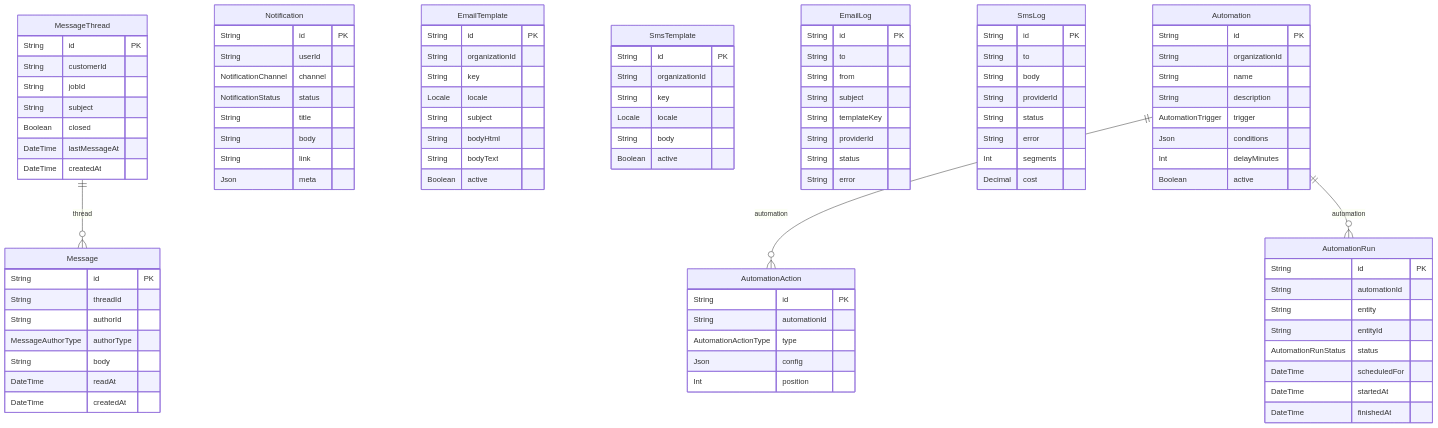
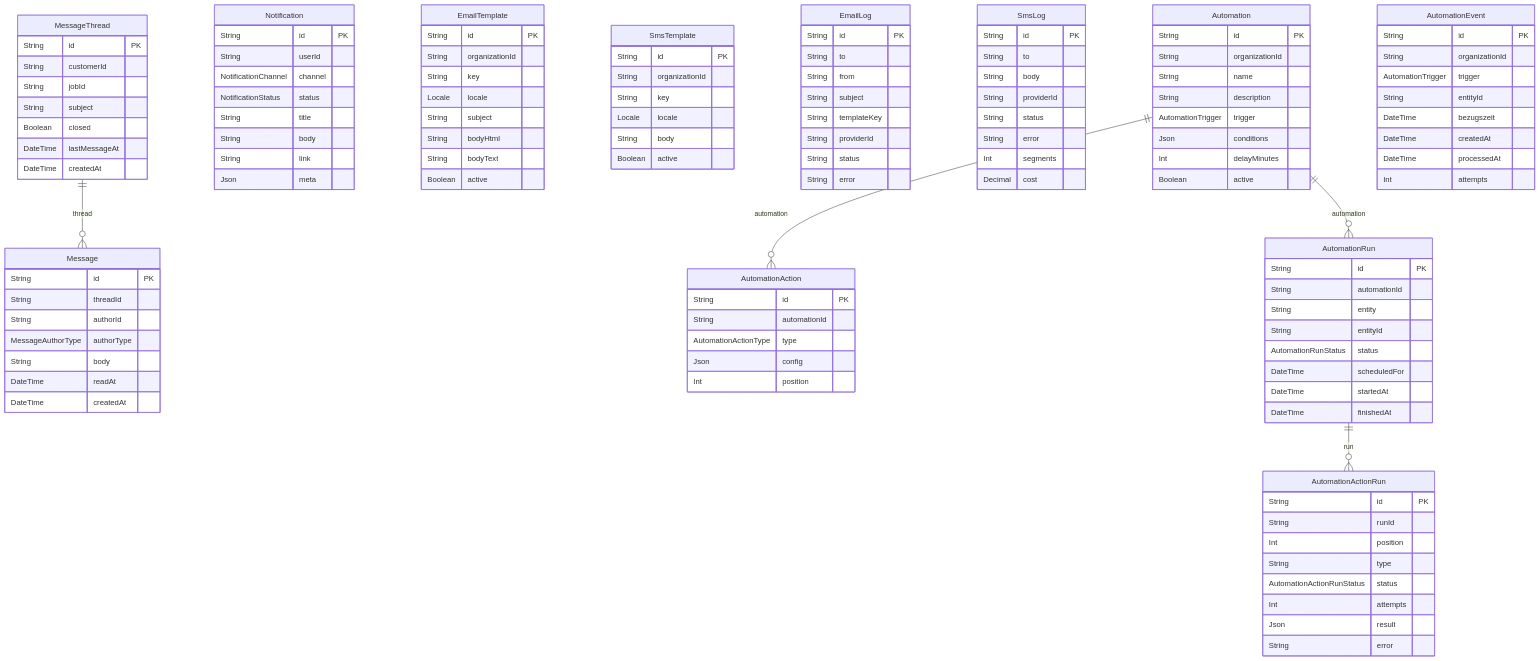
One commit to javadqasemi/Clenaris changed diagram 11 of 15 in docs/DATABASE.md. Above: the diagram before and after it, drawn with Mermaid. The commit also changed other lines of this file and 10 other files, not shown here.

````diff
--- a/docs/DATABASE.md
+++ b/docs/DATABASE.md
@@ -1311,7 +1311,28 @@
     DateTime startedAt
     DateTime finishedAt
   }
+  AutomationActionRun {
+    String id PK
+    String runId
+    Int position
+    String type
+    AutomationActionRunStatus status
+    Int attempts
+    Json result
+    String error
+  }
+  AutomationEvent {
+    String id PK
+    String organizationId
+    AutomationTrigger trigger
+    String entityId
+    DateTime bezugszeit
+    DateTime createdAt
+    DateTime processedAt
+    Int attempts
+  }
   MessageThread ||--o{ Message : "thread"
   Automation ||--o{ AutomationAction : "automation"
   Automation ||--o{ AutomationRun : "automation"
+  AutomationRun ||--o{ AutomationActionRun : "run"
 ```
````
